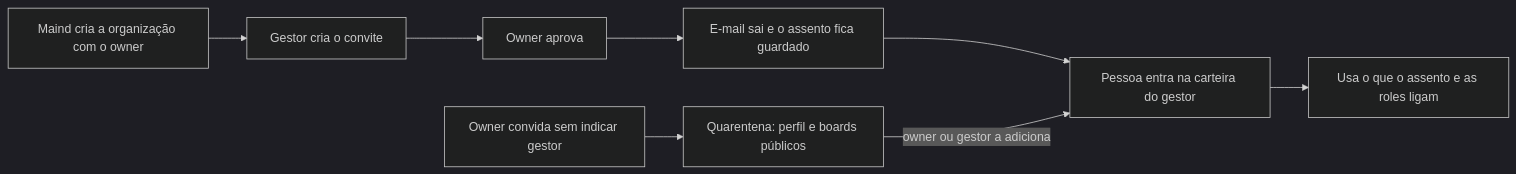
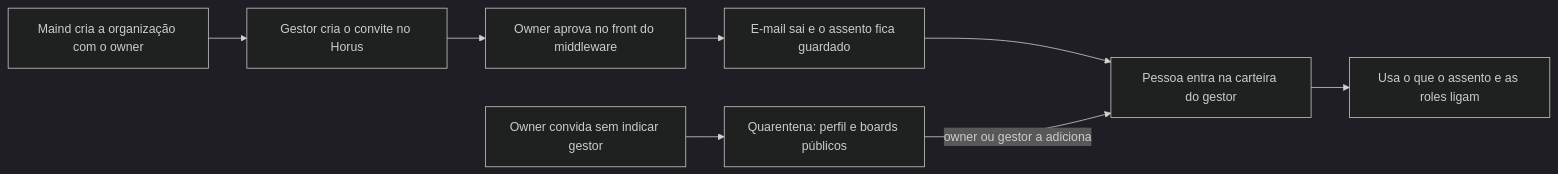
The diagram in docs/leitura/mfs/mf-102-organizacoes-pessoas-e-papeis.md (fabioabr/horus-v2-docs), drawn with Mermaid (dark theme) before and after one commit. The commit also changed other lines of this file and 49 other files, not shown here.

````diff
--- a/docs/leitura/mfs/mf-102-organizacoes-pessoas-e-papeis.md
+++ b/docs/leitura/mfs/mf-102-organizacoes-pessoas-e-papeis.md
@@ -120,10 +134,10 @@
 ```mermaid
 flowchart LR
-  z[Maind cria a organização com o owner] --> a[Gestor cria o convite]
-  a --> b[Owner aprova]
+  z[Maind cria a organização com o owner] --> a[Gestor cria o convite no Horus]
+  a --> b[Owner aprova no front do middleware]
   b --> c[E-mail sai e o assento fica guardado]
   c --> d[Pessoa entra na carteira do gestor]
   d --> e[Usa o que o assento e as roles ligam]
   f[Owner convida sem indicar gestor] --> g[Quarentena: perfil e boards públicos]
   g -->|owner ou gestor a adiciona| d
 ```
````
